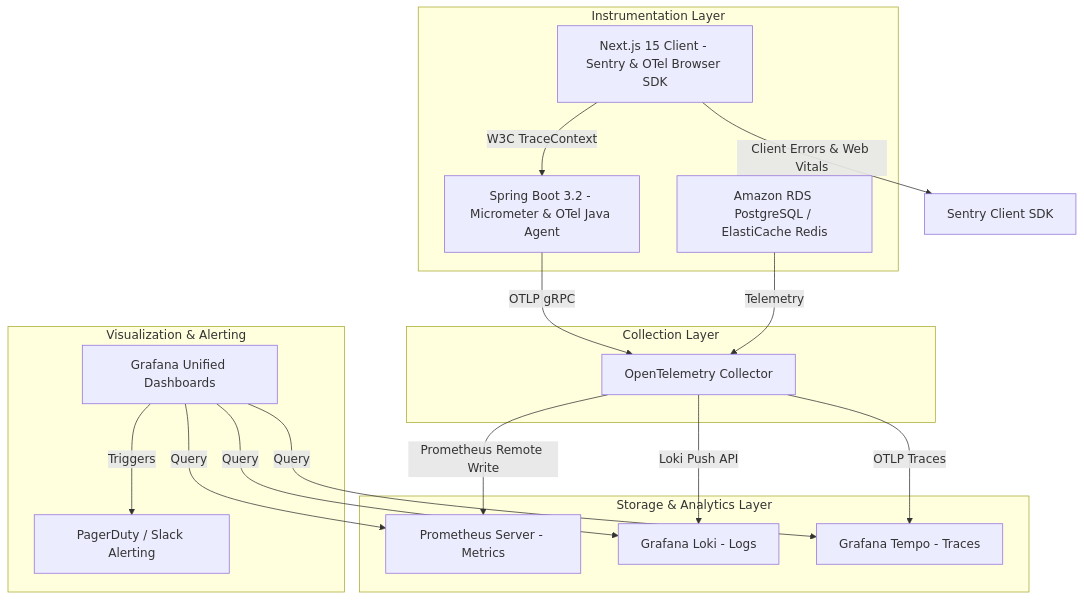
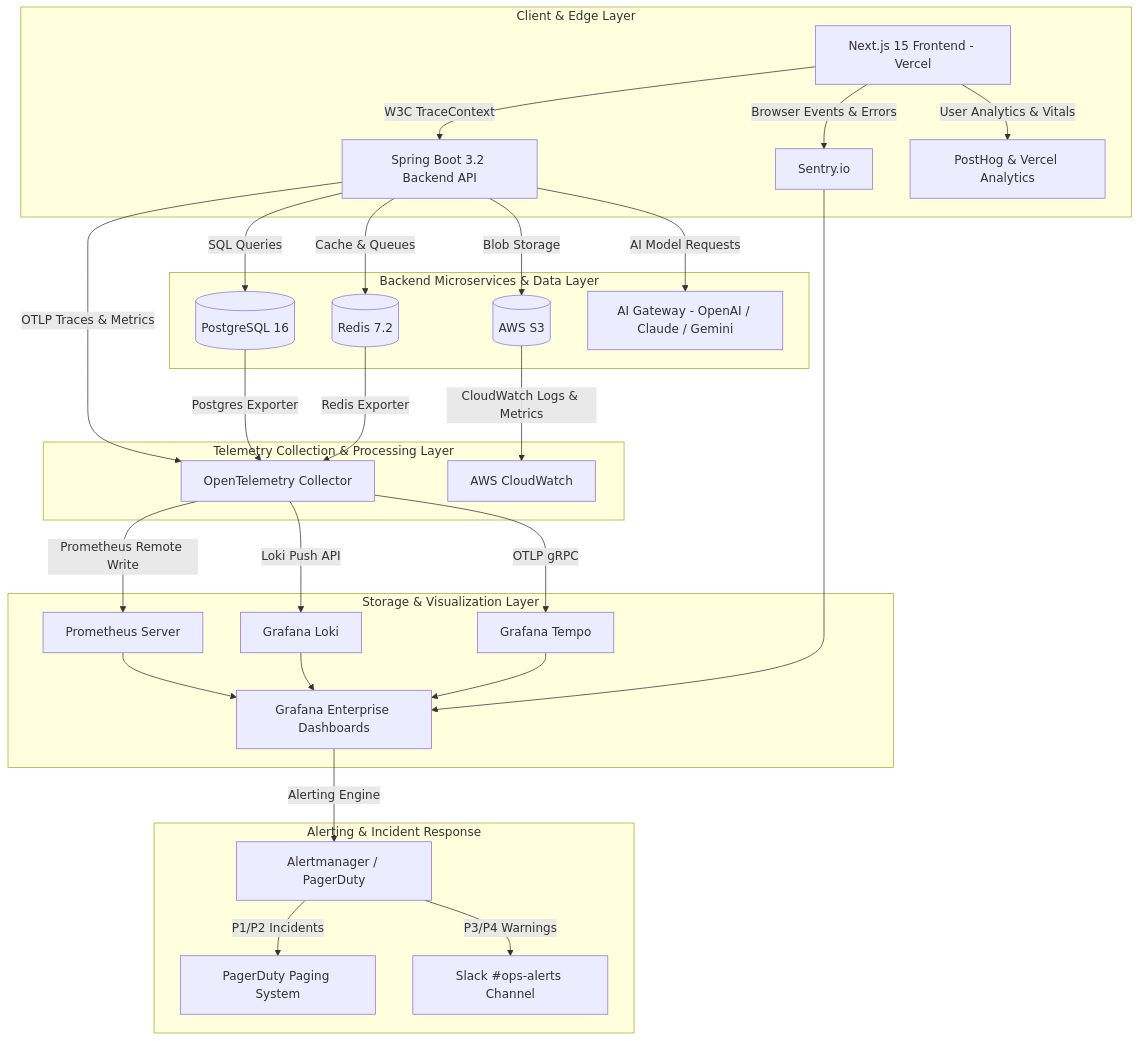
Before and after one commit to Vinod-Nex/AI-Agency-Operating-System: the diagram in monitoring_and_logging.md, drawn with Mermaid. The commit also changed other lines of this file and 116 other files, not shown here.

````diff
--- a/monitoring_and_logging.md
+++ b/monitoring_and_logging.md
@@ -13,37 +30,39 @@
 ```mermaid
 graph TD
-    subgraph Instrumentation Layer
-        FE[Next.js 15 Client - Sentry & OTel Browser SDK]
-        BE[Spring Boot 3.2 - Micrometer & OTel Java Agent]
-        DB[Amazon RDS PostgreSQL / ElastiCache Redis]
+    subgraph Client & Edge Layer
+        FE[Next.js 15 Frontend - Vercel] -->|W3C TraceContext| API[Spring Boot 3.2 Backend API]
+        FE -->|Browser Events & Errors| Sentry[Sentry.io]
+        FE -->|User Analytics & Vitals| PostHog[PostHog & Vercel Analytics]
     end
 
-    subgraph Collection Layer
-        OTel[OpenTelemetry Collector]
+    subgraph Backend Microservices & Data Layer
+        API -->|SQL Queries| DB[(PostgreSQL 16)]
+        API -->|Cache & Queues| Redis[(Redis 7.2)]
+        API -->|Blob Storage| S3[(AWS S3)]
+        API -->|AI Model Requests| AIGW[AI Gateway - OpenAI / Claude / Gemini]
     end
 
-    subgraph Storage & Analytics Layer
-        Prometheus[Prometheus Server - Metrics]
-        Loki[Grafana Loki - Logs]
-        Tempo[Grafana Tempo - Traces]
+    subgraph Telemetry Collection & Processing Layer
+        API -->|OTLP Traces & Metrics| OTel[OpenTelemetry Collector]
+        DB -->|Postgres Exporter| OTel
+        Redis -->|Redis Exporter| OTel
+        S3 -->|CloudWatch Logs & Metrics| AWS[AWS CloudWatch]
     end
 
-    subgraph Visualization & Alerting
-        Grafana[Grafana Unified Dashboards]
-        PagerDuty[PagerDuty / Slack Alerting]
+    subgraph Storage & Visualization Layer
+        OTel -->|Prometheus Remote Write| Prom[Prometheus Server]
+        OTel -->|Loki Push API| Loki[Grafana Loki]
+        OTel -->|OTLP gRPC| Tempo[Grafana Tempo]
+
+        Prom --> Grafana[Grafana Enterprise Dashboards]
+        Loki --> Grafana
+        Tempo --> Grafana
+        Sentry --> Grafana
     end
 
-    FE -->|W3C TraceContext| BE
-    FE -->|Client Errors & Web Vitals| Sentry[Sentry Client SDK]
-    BE -->|OTLP gRPC| OTel
-    DB -->|Telemetry| OTel
-
-    OTel -->|Prometheus Remote Write| Prometheus
-    OTel -->|Loki Push API| Loki
-    OTel -->|OTLP Traces| Tempo
-
-    Grafana -->|Query| Prometheus
-    Grafana -->|Query| Loki
-    Grafana -->|Query| Tempo
-    Grafana -->|Triggers| PagerDuty
+    subgraph Alerting & Incident Response
+        Grafana -->|Alerting Engine| AM[Alertmanager / PagerDuty]
+        AM -->|P1/P2 Incidents| PagerDuty[PagerDuty Paging System]
+        AM -->|P3/P4 Warnings| Slack[Slack #ops-alerts Channel]
+    end
 ```
````
